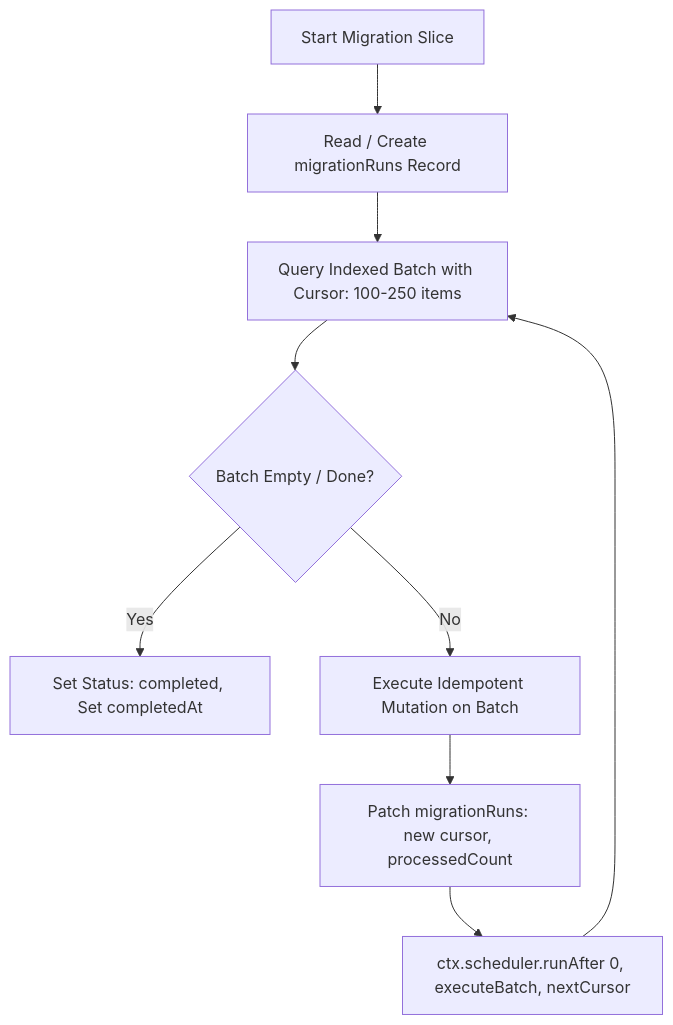
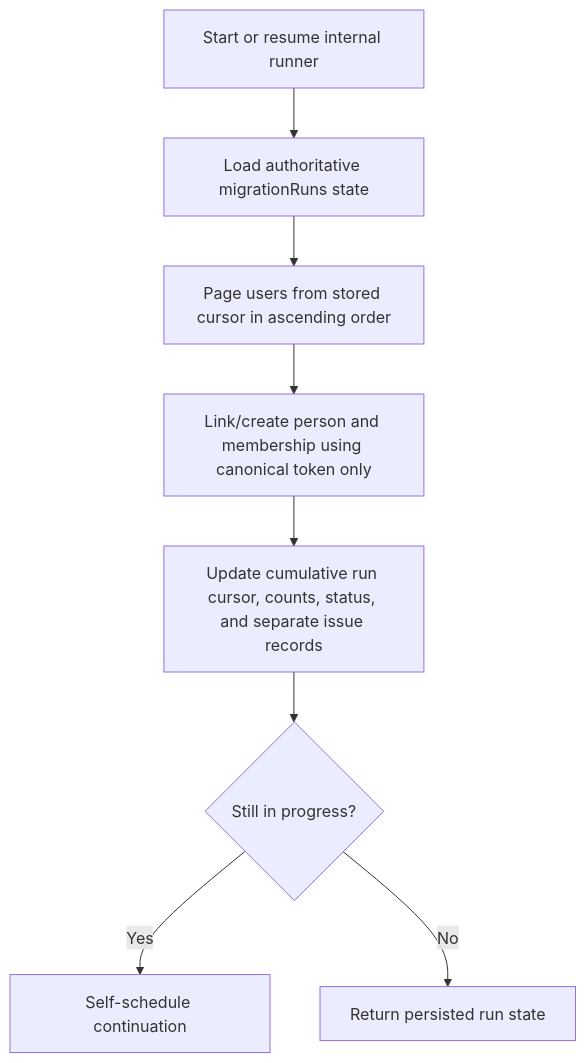
The second of 4 diagrams in docs/features/D05_MigrationRehearsalAndDataRefreshRunbook.md (JStaRFilms/Melo_School_Management_System), drawn with Mermaid before and after one commit. The commit also changed other lines of this file and 53 other files, not shown here.

````diff
--- a/docs/features/D05_MigrationRehearsalAndDataRefreshRunbook.md
+++ b/docs/features/D05_MigrationRehearsalAndDataRefreshRunbook.md
@@ -319,11 +251,10 @@
 ```mermaid
 flowchart TD
-    Init[Start Migration Slice] --> ReadState[Read / Create migrationRuns Record]
-    ReadState --> QueryBatch[Query Indexed Batch with Cursor: 100-250 items]
-    QueryBatch --> CheckDone{Batch Empty / Done?}
-    CheckDone -- Yes --> MarkComplete[Set Status: completed, Set completedAt]
-    CheckDone -- No --> MutateBatch[Execute Idempotent Mutation on Batch]
-    MutateBatch --> UpdateState[Patch migrationRuns: new cursor, processedCount]
-    UpdateState --> ScheduleNext[ctx.scheduler.runAfter 0, executeBatch, nextCursor]
-    ScheduleNext --> QueryBatch
+    Invoke[Start or resume internal runner] --> State[Load authoritative migrationRuns state]
+    State --> Page[Page users from stored cursor in ascending order]
+    Page --> Reconcile[Link/create person and membership using canonical token only]
+    Reconcile --> Persist[Update cumulative run cursor, counts, status, and separate issue records]
+    Persist --> Schedule{Still in progress?}
+    Schedule -->|Yes| Continue[Self-schedule continuation]
+    Schedule -->|No| Return[Return persisted run state]
 ```
````
